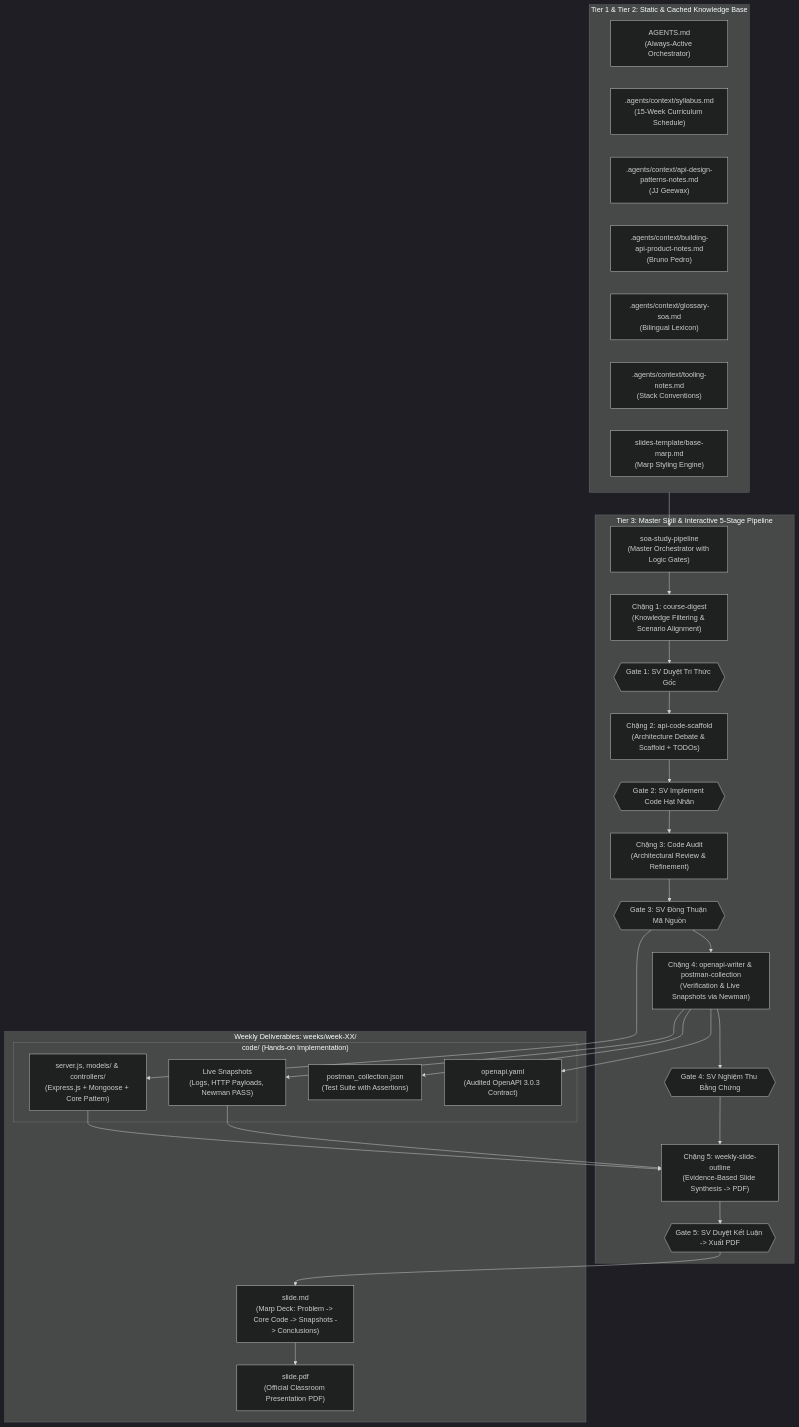
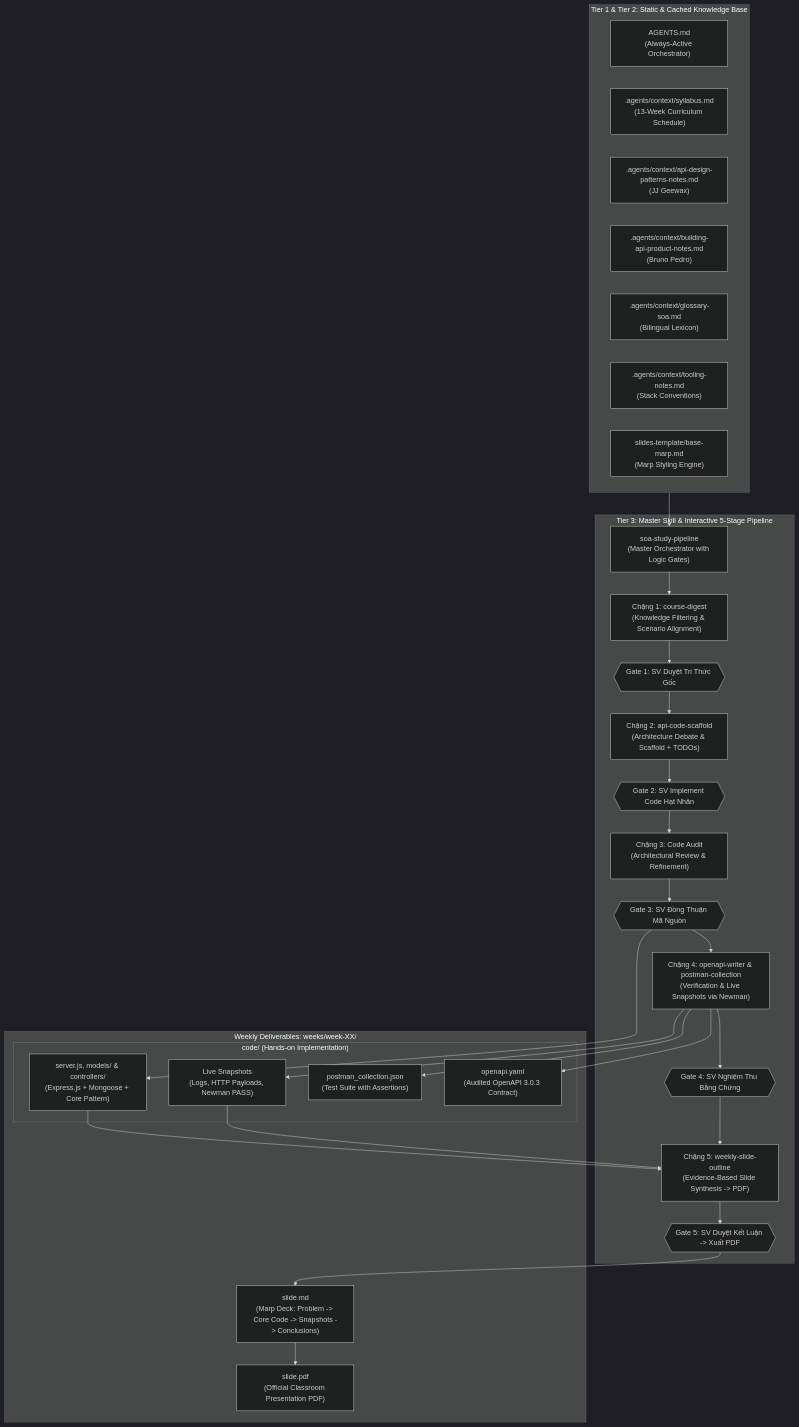
The diagram in ARCHITECTURE.md (hehuanglu/HK1_2627_INT3505E_1), drawn with Mermaid (dark theme) before and after one commit. The commit also changed 7 other files, not shown here.

````diff
--- a/ARCHITECTURE.md
+++ b/ARCHITECTURE.md
@@ -12,58 +12,58 @@
 ```mermaid
 flowchart TD
     subgraph KNOWLEDGE["Tier 1 & Tier 2: Static & Cached Knowledge Base"]
         AGENTS["AGENTS.md\n(Always-Active Orchestrator)"]
-        SYLLABUS[".agents/context/syllabus.md\n(15-Week Curriculum Schedule)"]
+        SYLLABUS[".agents/context/syllabus.md\n(13-Week Curriculum Schedule)"]
         PATTERNS[".agents/context/api-design-patterns-notes.md\n(JJ Geewax)"]
         PRODUCT[".agents/context/building-api-product-notes.md\n(Bruno Pedro)"]
         GLOSSARY[".agents/context/glossary-soa.md\n(Bilingual Lexicon)"]
         TOOLING[".agents/context/tooling-notes.md\n(Stack Conventions)"]
         TEMPLATE["slides-template/base-marp.md\n(Marp Styling Engine)"]
     end
 
     subgraph PIPELINE["Tier 3: Master Skill & Interactive 5-Stage Pipeline"]
         MASTER["soa-study-pipeline\n(Master Orchestrator with Logic Gates)"]
         
         SK1["Chặng 1: course-digest\n(Knowledge Filtering & Scenario Alignment)"]
         GATE1{{"Gate 1: SV Duyệt Tri Thức Gốc"}}
         
         SK2["Chặng 2: api-code-scaffold\n(Architecture Debate & Scaffold + TODOs)"]
         GATE2{{"Gate 2: SV Implement Code Hạt Nhân"}}
         
         SK3["Chặng 3: Code Audit\n(Architectural Review & Refinement)"]
         GATE3{{"Gate 3: SV Đồng Thuận Mã Nguồn"}}
         
         SK4["Chặng 4: openapi-writer & postman-collection\n(Verification & Live Snapshots via Newman)"]
         GATE4{{"Gate 4: SV Nghiệm Thu Bằng Chứng"}}
         
         SK5["Chặng 5: weekly-slide-outline\n(Evidence-Based Slide Synthesis -> PDF)"]
         GATE5{{"Gate 5: SV Duyệt Kết Luận -> Xuất PDF"}}
     end
 
     subgraph OUTPUT["Weekly Deliverables: weeks/week-XX/"]
         subgraph OUT_CODE["code/ (Hands-on Implementation)"]
             OUT_SRV["server.js, models/ & controllers/\n(Express.js + Mongoose + Core Pattern)"]
             OUT_OAS["openapi.yaml\n(Audited OpenAPI 3.0.3 Contract)"]
             OUT_PST["postman_collection.json\n(Test Suite with Assertions)"]
             OUT_SNAP["Live Snapshots\n(Logs, HTTP Payloads, Newman PASS)"]
         end
         OUT_SLIDE["slide.md\n(Marp Deck: Problem -> Core Code -> Snapshots -> Conclusions)"]
         OUT_PDF["slide.pdf\n(Official Classroom Presentation PDF)"]
     end
 
     KNOWLEDGE --> MASTER
     MASTER --> SK1 --> GATE1
     GATE1 --> SK2 --> GATE2
     GATE2 --> SK3 --> GATE3
     GATE3 --> SK4 --> GATE4
     GATE4 --> SK5 --> GATE5
     
     GATE3 --> OUT_SRV
     SK4 --> OUT_OAS
     SK4 --> OUT_PST
     SK4 --> OUT_SNAP
     OUT_SNAP --> SK5
     OUT_SRV --> SK5
     GATE5 --> OUT_SLIDE
     OUT_SLIDE --> OUT_PDF
 ```
````
